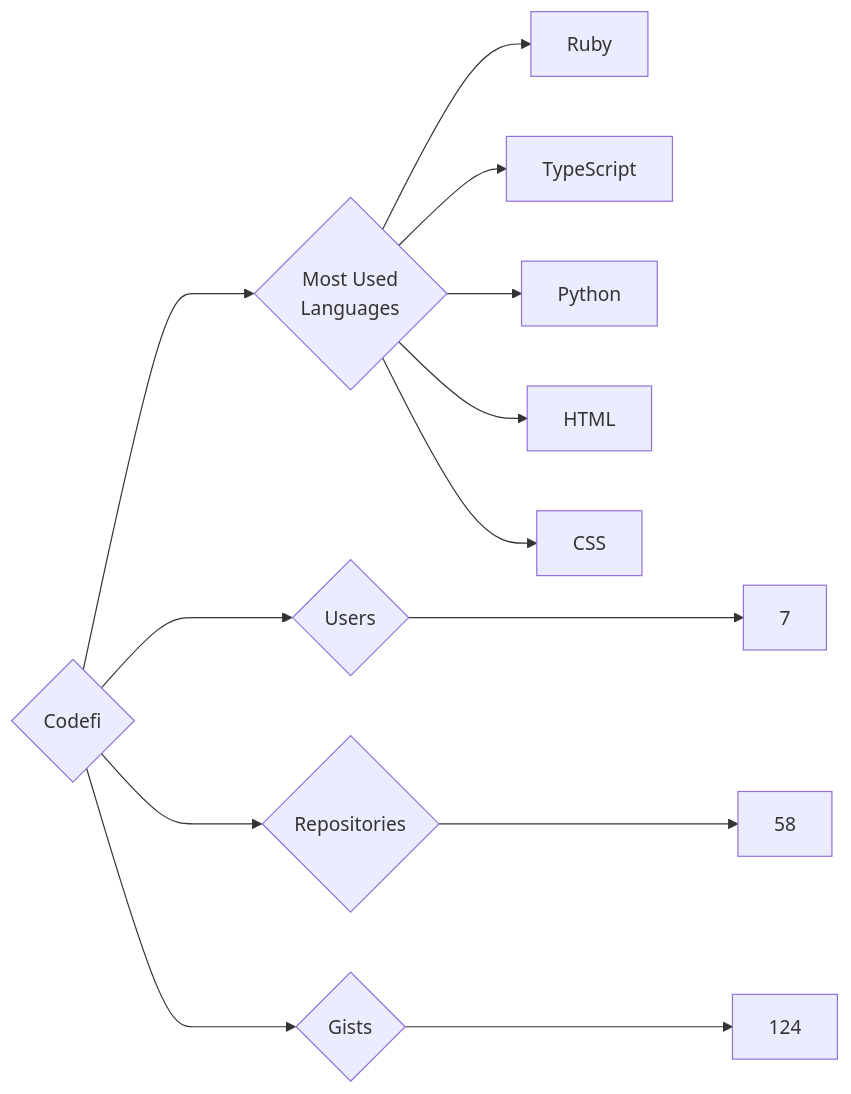
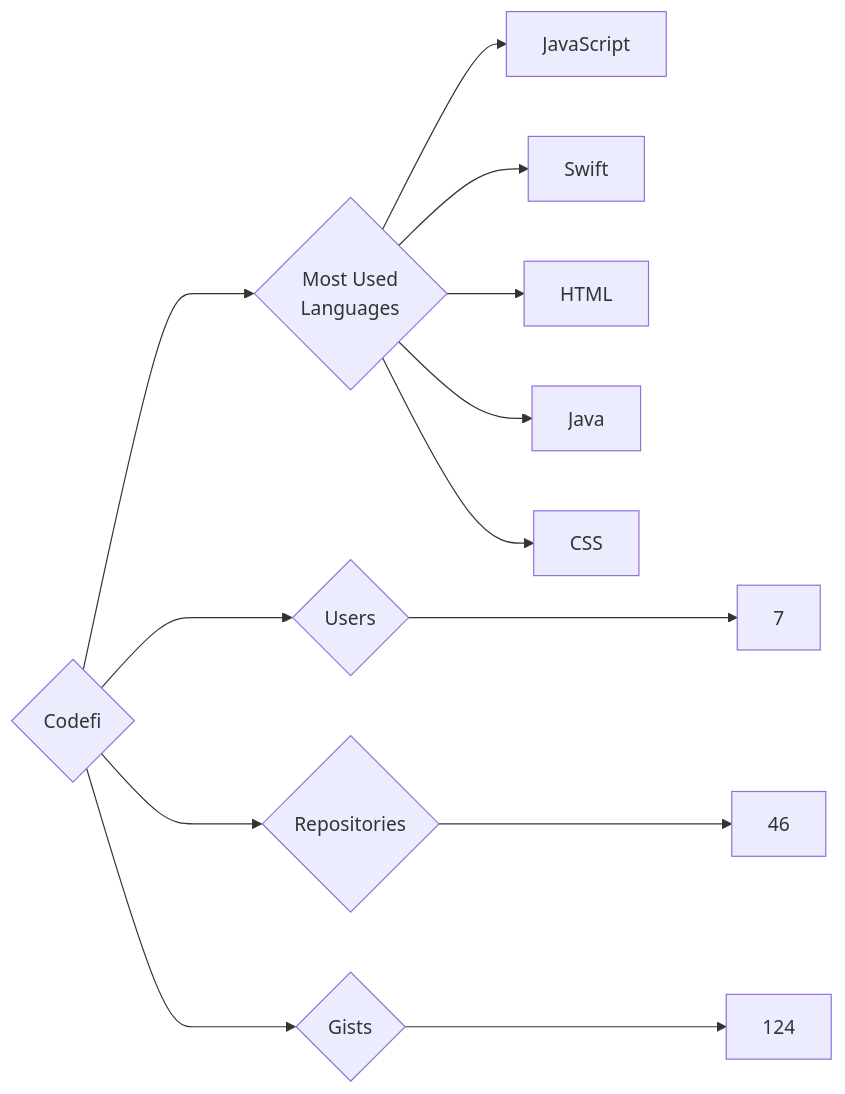
The diagram in targets/Codefi/README.md (trickest/insiders), drawn with Mermaid before and after one commit. The commit also changed 750 other files, not shown here.

````diff
--- a/targets/Codefi/README.md
+++ b/targets/Codefi/README.md
@@ -3,13 +3,13 @@
 ```mermaid
 graph LR
 COMPANY_NAME{Codefi}
 COMPANY_NAME ---> U{Users} ---> UN[7]
-COMPANY_NAME ---> R{Repositories} ---> RN[58]
+COMPANY_NAME ---> R{Repositories} ---> RN[46]
 COMPANY_NAME ---> G{Gists} ---> GN[124]
 COMPANY_NAME ---> ML{Most Used<br>Languages}
-ML --> Ruby[Ruby]
-ML --> TypeScript[TypeScript]
-ML --> Python[Python]
+ML --> JavaScript[JavaScript]
+ML --> Swift[Swift]
 ML --> HTML[HTML]
+ML --> Java[Java]
 ML --> CSS[CSS]
 ```
````
